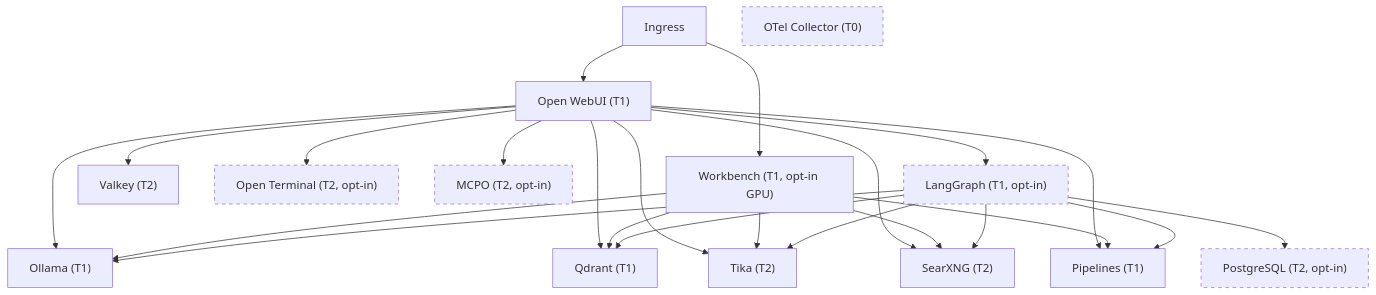
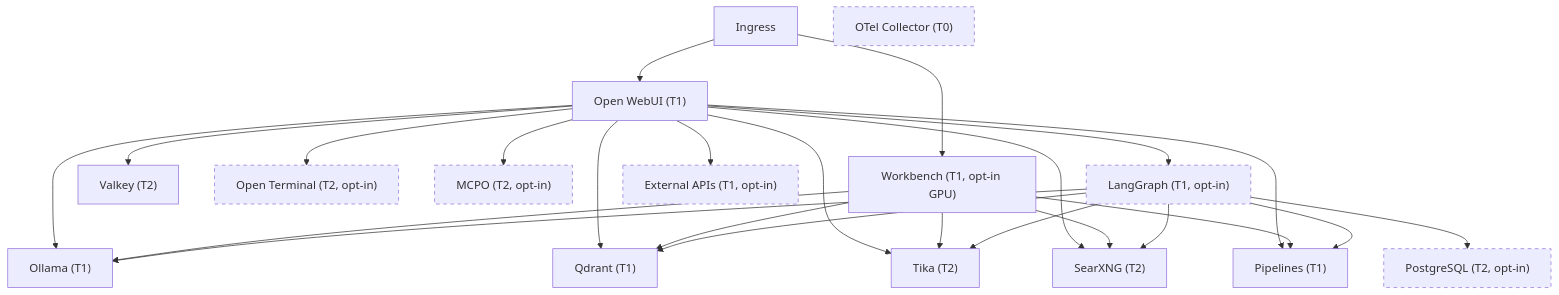
Before and after one commit to rmednitzer/ai-stack: the diagram in README.md, drawn with Mermaid. The commit also changed other lines of this file and 6 other files, not shown here.

````diff
--- a/README.md
+++ b/README.md
@@ -11,37 +11,39 @@
 ```mermaid
 graph TD
   Ingress --> OpenWebUI["Open WebUI (T1)"]
   Ingress --> Workbench["Workbench (T1, opt-in GPU)"]
 
   OpenWebUI --> Ollama["Ollama (T1)"]
   OpenWebUI --> Qdrant["Qdrant (T1)"]
   OpenWebUI --> Tika["Tika (T2)"]
   OpenWebUI --> SearXNG["SearXNG (T2)"]
   OpenWebUI --> Valkey["Valkey (T2)"]
   OpenWebUI --> Pipelines["Pipelines (T1)"]
 
   Workbench --> Ollama
   Workbench --> Qdrant
   Workbench --> Pipelines
   Workbench --> Tika
   Workbench --> SearXNG
 
   OpenWebUI --> OpenTerminal["Open Terminal (T2, opt-in)"]
   OpenWebUI --> MCPO["MCPO (T2, opt-in)"]
   OpenWebUI --> LangGraph["LangGraph (T1, opt-in)"]
+  OpenWebUI --> ExternalAPIs["External APIs (T1, opt-in)"]
 
   LangGraph --> Ollama
   LangGraph --> Qdrant
   LangGraph --> Tika
   LangGraph --> SearXNG
   LangGraph --> Pipelines
   LangGraph --> Postgres["PostgreSQL (T2, opt-in)"]
 
   OTel["OTel Collector (T0)"]
 
   style OTel stroke-dasharray: 5 5
   style OpenTerminal stroke-dasharray: 5 5
   style MCPO stroke-dasharray: 5 5
   style LangGraph stroke-dasharray: 5 5
   style Postgres stroke-dasharray: 5 5
+  style ExternalAPIs stroke-dasharray: 5 5
 ```
````
